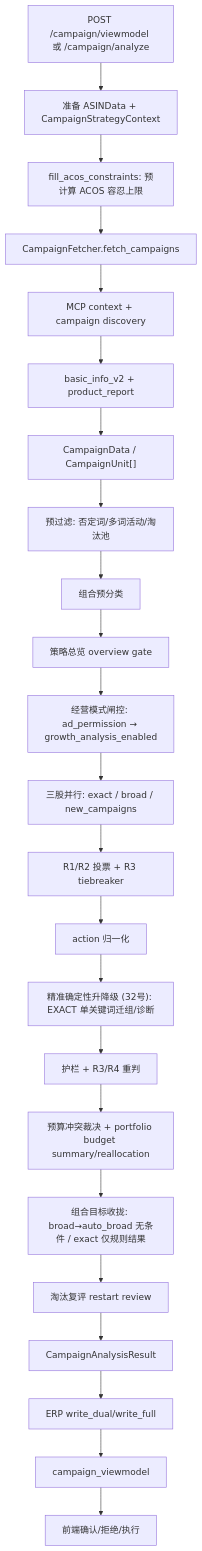
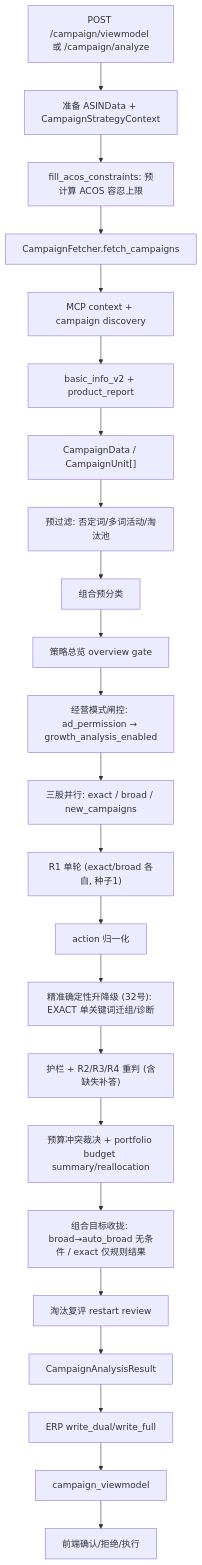
The diagram in docs/AD-Agent Project Knowledge Graph/08-Campaign分析引擎架构说明.md (CaffZx/project_ad_weilai), drawn with Mermaid before and after one commit. The commit also changed other lines of this file and 16 other files, not shown here.

````diff
--- a/docs/AD-Agent Project Knowledge Graph/08-Campaign分析引擎架构说明.md
+++ b/docs/AD-Agent Project Knowledge Graph/08-Campaign分析引擎架构说明.md
@@ -79,25 +79,25 @@
 ```mermaid
 flowchart TD
   A["POST /campaign/viewmodel 或 /campaign/analyze"] --> B["准备 ASINData + CampaignStrategyContext"]
   B --> B2["fill_acos_constraints: 预计算 ACOS 容忍上限"]
   B2 --> C["CampaignFetcher.fetch_campaigns"]
   C --> D["MCP context + campaign discovery"]
   D --> E["basic_info_v2 + product_report"]
   E --> F["CampaignData / CampaignUnit[]"]
   F --> G["预过滤: 否定词/多词活动/淘汰池"]
   G --> H["组合预分类"]
   H --> I["策略总览 overview gate"]
   I --> J["经营模式闸控: ad_permission → growth_analysis_enabled"]
   J --> K["三股并行: exact / broad / new_campaigns"]
-  K --> L["R1/R2 投票 + R3 tiebreaker"]
+  K --> L["R1 单轮 (exact/broad 各自, 种子1)"]
   L --> M["action 归一化"]
   M --> N["精准确定性升降级 (32号): EXACT 单关键词迁组/诊断"]
-  N --> O["护栏 + R3/R4 重判"]
+  N --> O["护栏 + R2/R3/R4 重判 (含缺失补答)"]
   O --> P["预算冲突裁决 + portfolio budget summary/reallocation"]
   P --> Q["组合目标收拢: broad→auto_broad 无条件 / exact 仅规则结果"]
   Q --> R["淘汰复评 restart review"]
   R --> S["CampaignAnalysisResult"]
   S --> T["ERP write_dual/write_full"]
   T --> U["campaign_viewmodel"]
   U --> V["前端确认/拒绝/执行"]
 ```
````
